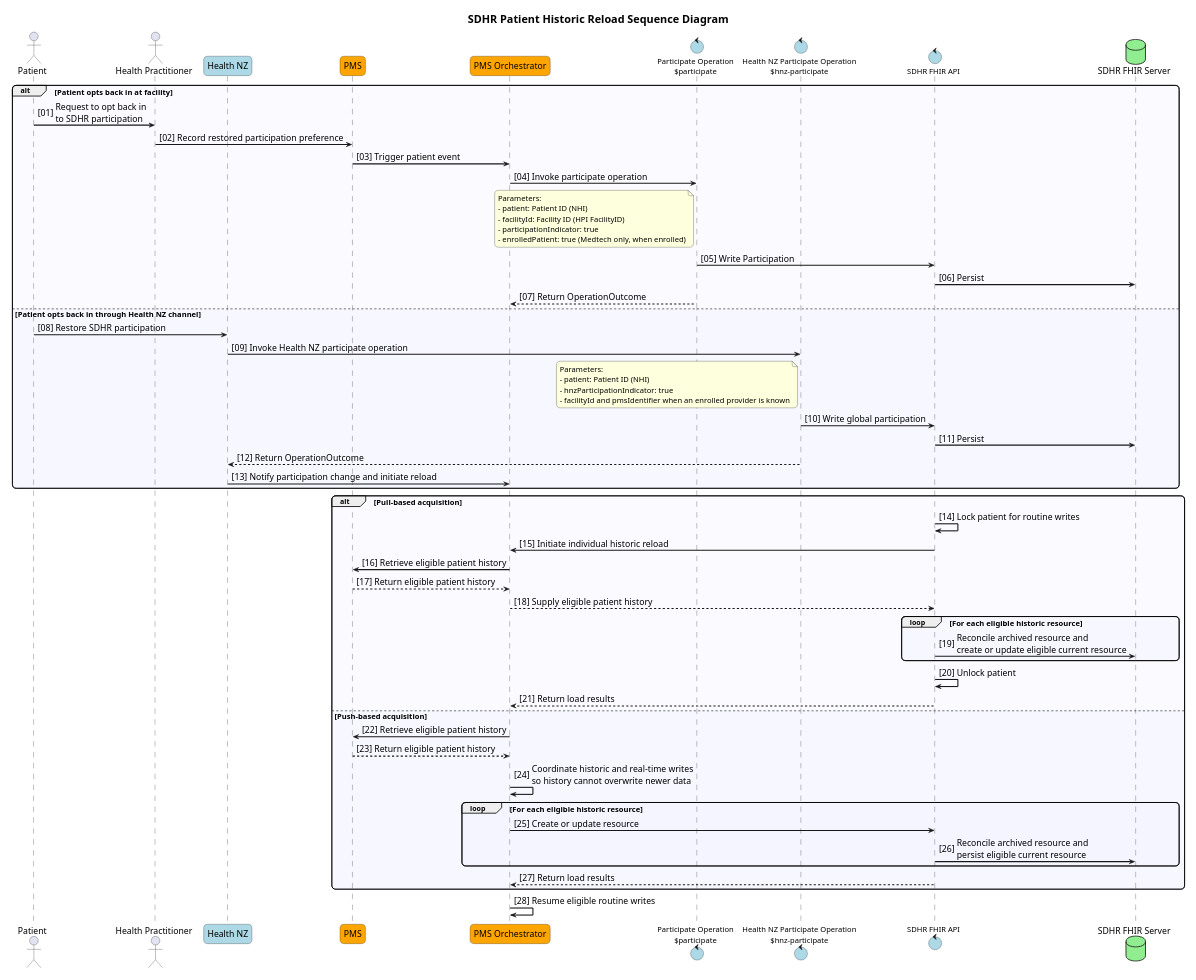
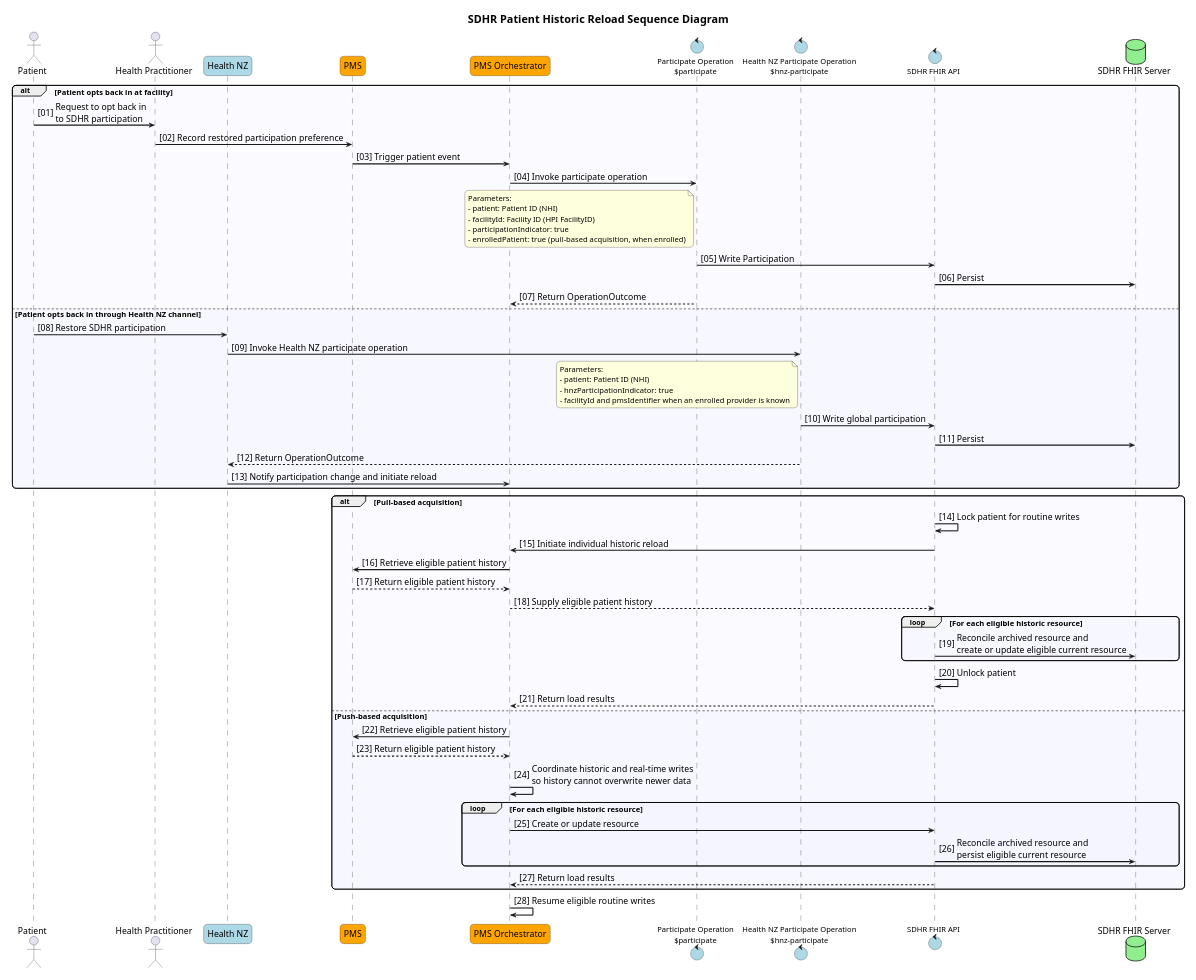
One commit to tewhatuora/fhir-sdhr changed the diagram in input/images-source/patient-historical-reload.plantuml. Above: the diagram before and after it, drawn with PlantUML. The commit also changed 9 other files, not shown here.

```diff
--- a/input/images-source/patient-historical-reload.plantuml
+++ b/input/images-source/patient-historical-reload.plantuml
@@ -1,94 +1,94 @@
 @startuml
 
 title SDHR Patient Historic Reload Sequence Diagram
 
 autonumber "<color:Black>[00]"
 
 skinparam ActorFontSize 16
 skinparam ArrowFontSize 12
 skinparam ArrowFontSize 16
 skinparam BoxPadding 5
 skinparam DatabaseFontSize 16
 skinparam dpi 400
 skinparam EntityFontSize 16
 skinparam MaxMessageSize 375
 skinparam NoteFontSize 14
 skinparam ParticipantFontSize 16
 skinparam ParticipantPadding 5
 skinparam responseMessageBelowArrow true
 skinparam roundcorner 15
 skinparam sequenceArrowThickness 2
 skinparam SequenceBoxFontSize 16
 skinparam sequencegroupfontsize 14
 skinparam SequenceMessageAlignment left
 skinparam sequenceStyle uml2
 skinparam TitleFontSize 20
 skinparam SequenceGroupBodyBackgroundColor #EEEEFF50
 
 scale max 260 width
 
 actor "Patient" as Patient
 actor "Health Practitioner" as USER
 participant "Health NZ" as HNZ #LightBlue
 participant "PMS" as APIC #Orange
 participant "PMS Orchestrator" as ORCHESTRATOR #Orange
 control "Participate Operation\n$participate" as PARTICIPATE #LightBlue
 control "Health NZ Participate Operation\n$hnz-participate" as HNZPARTICIPATE #LightBlue
 control "SDHR FHIR API" as FHIRAPI #LightBlue
 database "SDHR FHIR Server" as SDHR #LightGreen
 
 alt Patient opts back in at facility
     Patient -> USER : Request to opt back in\nto SDHR participation
     USER -> APIC : Record restored participation preference
     APIC -> ORCHESTRATOR : Trigger patient event
     ORCHESTRATOR -> PARTICIPATE : Invoke participate operation
     note left of PARTICIPATE
       Parameters:
       - patient: Patient ID (NHI)
       - facilityId: Facility ID (HPI FacilityID)
       - participationIndicator: true
-      - enrolledPatient: true (Medtech only, when enrolled)
+      - enrolledPatient: true (pull-based acquisition, when enrolled)
     end note
     PARTICIPATE -> FHIRAPI : Write Participation
     FHIRAPI -> SDHR : Persist
     PARTICIPATE --> ORCHESTRATOR : Return OperationOutcome
 else Patient opts back in through Health NZ channel
     Patient -> HNZ : Restore SDHR participation
     HNZ -> HNZPARTICIPATE : Invoke Health NZ participate operation
     note left of HNZPARTICIPATE
       Parameters:
       - patient: Patient ID (NHI)
       - hnzParticipationIndicator: true
       - facilityId and pmsIdentifier when an enrolled provider is known
     end note
     HNZPARTICIPATE -> FHIRAPI : Write global participation
     FHIRAPI -> SDHR : Persist
     HNZPARTICIPATE --> HNZ : Return OperationOutcome
     HNZ -> ORCHESTRATOR : Notify participation change and initiate reload
 end
 
 alt Pull-based acquisition
     FHIRAPI -> FHIRAPI : Lock patient for routine writes
     FHIRAPI -> ORCHESTRATOR : Initiate individual historic reload
     ORCHESTRATOR -> APIC : Retrieve eligible patient history
     APIC --> ORCHESTRATOR : Return eligible patient history
     ORCHESTRATOR --> FHIRAPI : Supply eligible patient history
     loop For each eligible historic resource
         FHIRAPI -> SDHR : Reconcile archived resource and\ncreate or update eligible current resource
     end
     FHIRAPI -> FHIRAPI : Unlock patient
     FHIRAPI --> ORCHESTRATOR : Return load results
 else Push-based acquisition
     ORCHESTRATOR -> APIC : Retrieve eligible patient history
     APIC --> ORCHESTRATOR : Return eligible patient history
     ORCHESTRATOR -> ORCHESTRATOR : Coordinate historic and real-time writes\nso history cannot overwrite newer data
     loop For each eligible historic resource
         ORCHESTRATOR -> FHIRAPI : Create or update resource
         FHIRAPI -> SDHR : Reconcile archived resource and\npersist eligible current resource
     end
     FHIRAPI --> ORCHESTRATOR : Return load results
 end
 
 ORCHESTRATOR -> ORCHESTRATOR : Resume eligible routine writes
 
 @enduml
```
